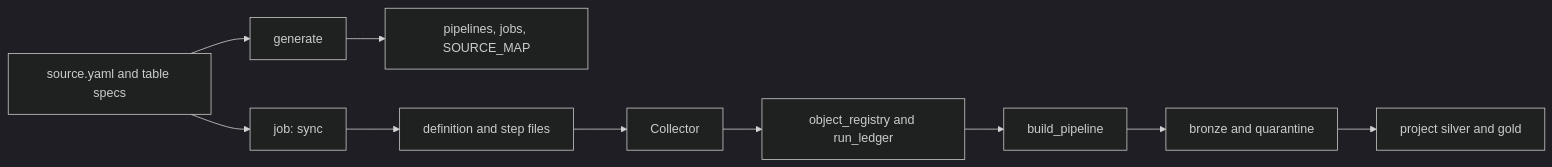
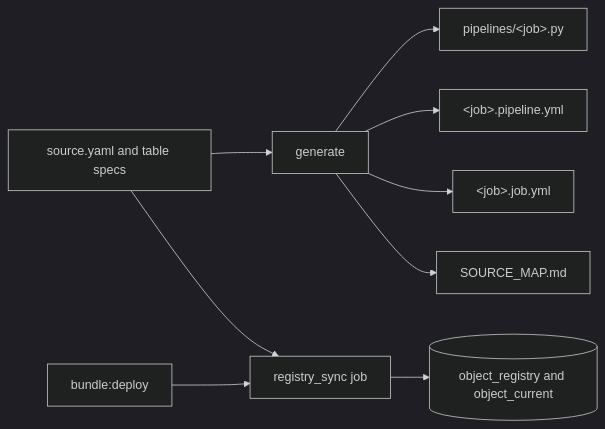
One commit to NitinKeshavB/framework changed the first of 8 diagrams in framework_docs/ARCHITECTURE.md. Above: the diagram before and after it, drawn with Mermaid (dark theme). The commit also changed other lines of this file and 6 other files, not shown here.

Commit message:
docs: end-to-end flows and full data model

````diff
--- a/framework_docs/ARCHITECTURE.md
+++ b/framework_docs/ARCHITECTURE.md
@@ -31,12 +43,11 @@
 ```mermaid
 flowchart LR
-  spec[source.yaml and table specs] --> gen[generate]
-  gen --> res[pipelines, jobs, SOURCE_MAP]
-  spec --> sync[job: sync]
-  sync --> files[definition and step files]
-  files --> collector[Collector]
-  collector --> registry[object_registry and run_ledger]
-  registry --> pipeline[build_pipeline]
-  pipeline --> bronze[bronze and quarantine]
-  bronze --> silver[project silver and gold]
+  spec[source.yaml and table specs] --> generate[generate]
+  generate --> pipelineFile["pipelines/&lt;job&gt;.py"]
+  generate --> pipelineRes["&lt;job&gt;.pipeline.yml"]
+  generate --> jobRes["&lt;job&gt;.job.yml"]
+  generate --> map[SOURCE_MAP.md]
+  deploy[bundle:deploy] --> registrySync[registry_sync job]
+  spec --> registrySync
+  registrySync --> registry[(object_registry and object_current)]
 ```
````
